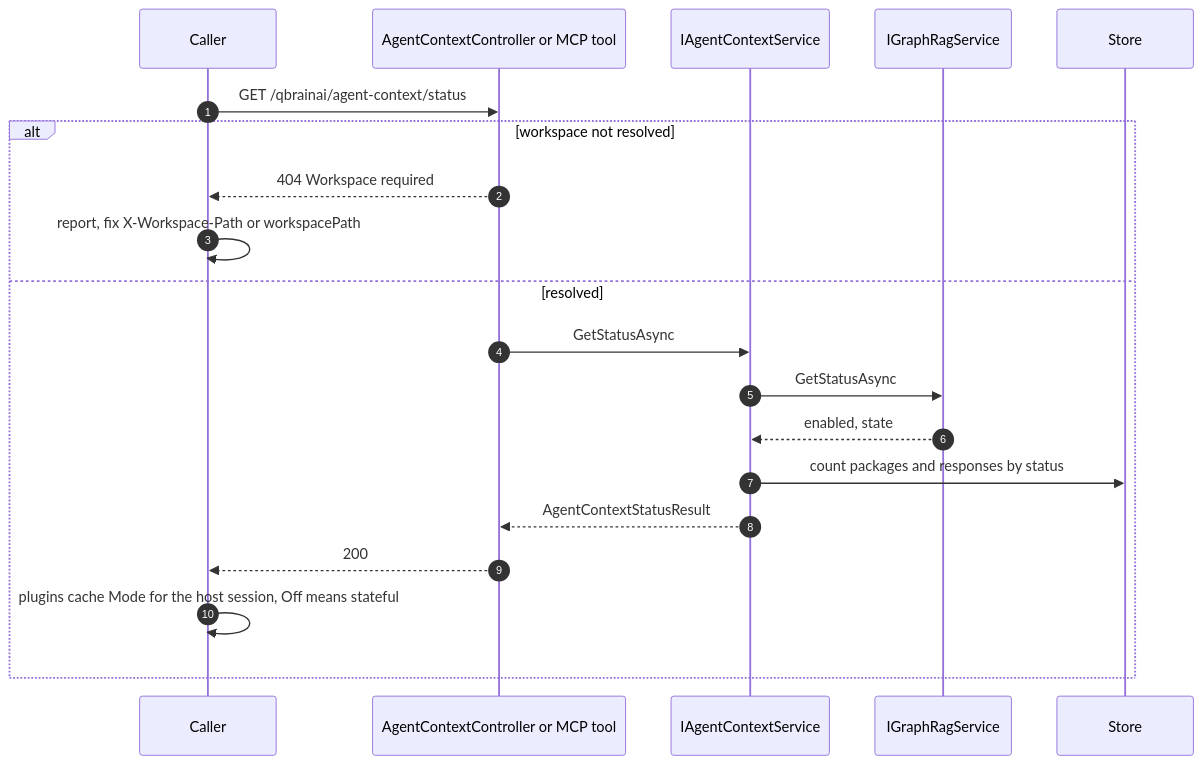
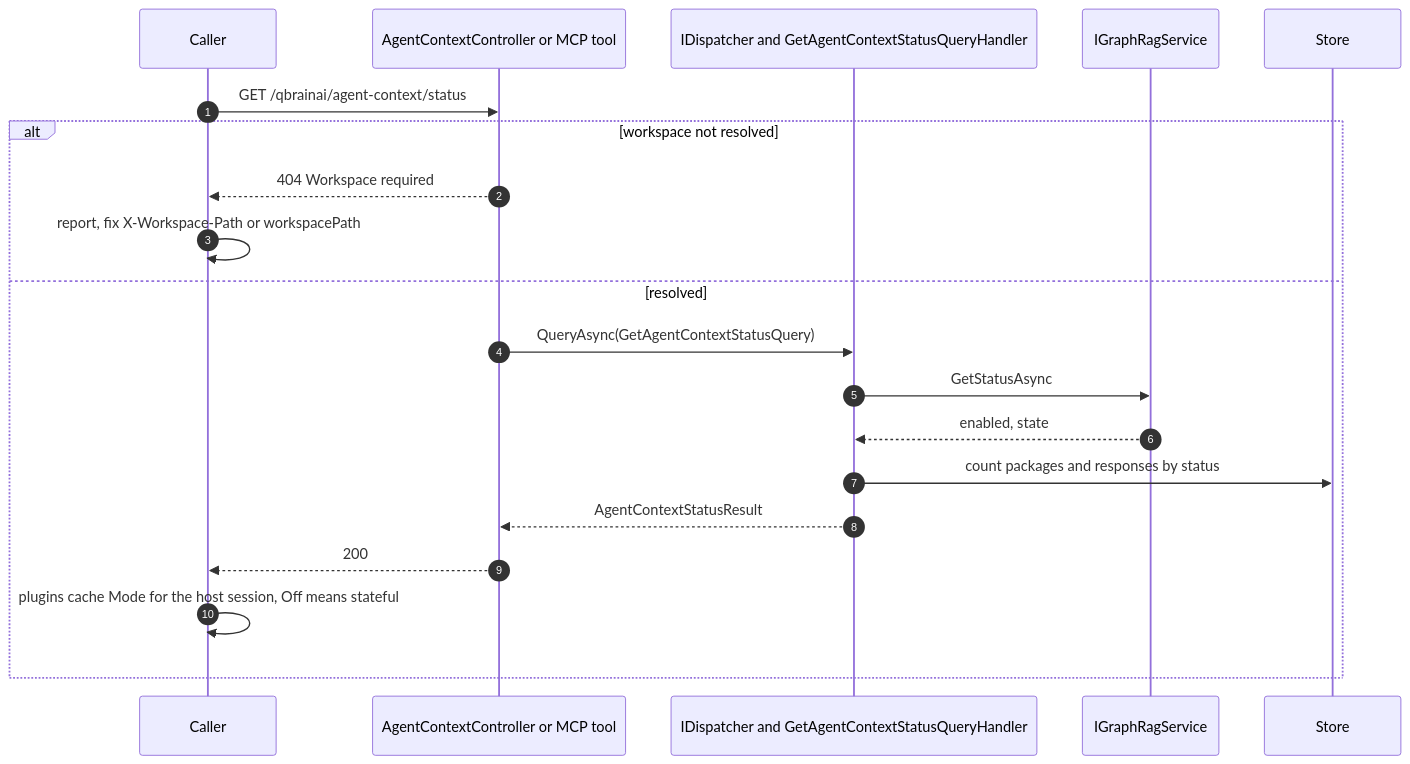
One commit to sharpninja/McpServer changed diagram 27 of 59 in docs/Stateless-Agent-Context-Management.md. Above: the diagram before and after it, drawn with Mermaid. The commit also changed other lines of this file and 2 other files, not shown here.

````diff
--- a/docs/Stateless-Agent-Context-Management.md
+++ b/docs/Stateless-Agent-Context-Management.md
@@ -956,22 +970,22 @@
 ```mermaid
 sequenceDiagram
     autonumber
     participant Caller
     participant API as AgentContextController or MCP tool
-    participant SVC as IAgentContextService
+    participant SVC as IDispatcher and GetAgentContextStatusQueryHandler
     participant GR as IGraphRagService
     participant DB as Store
     Caller->>API: GET /qbrainai/agent-context/status
     alt workspace not resolved
         API-->>Caller: 404 Workspace required
         Caller->>Caller: report, fix X-Workspace-Path or workspacePath
     else resolved
-        API->>SVC: GetStatusAsync
+        API->>SVC: QueryAsync(GetAgentContextStatusQuery)
         SVC->>GR: GetStatusAsync
         GR-->>SVC: enabled, state
         SVC->>DB: count packages and responses by status
         SVC-->>API: AgentContextStatusResult
         API-->>Caller: 200
         Caller->>Caller: plugins cache Mode for the host session, Off means stateful
     end
 ```
````
